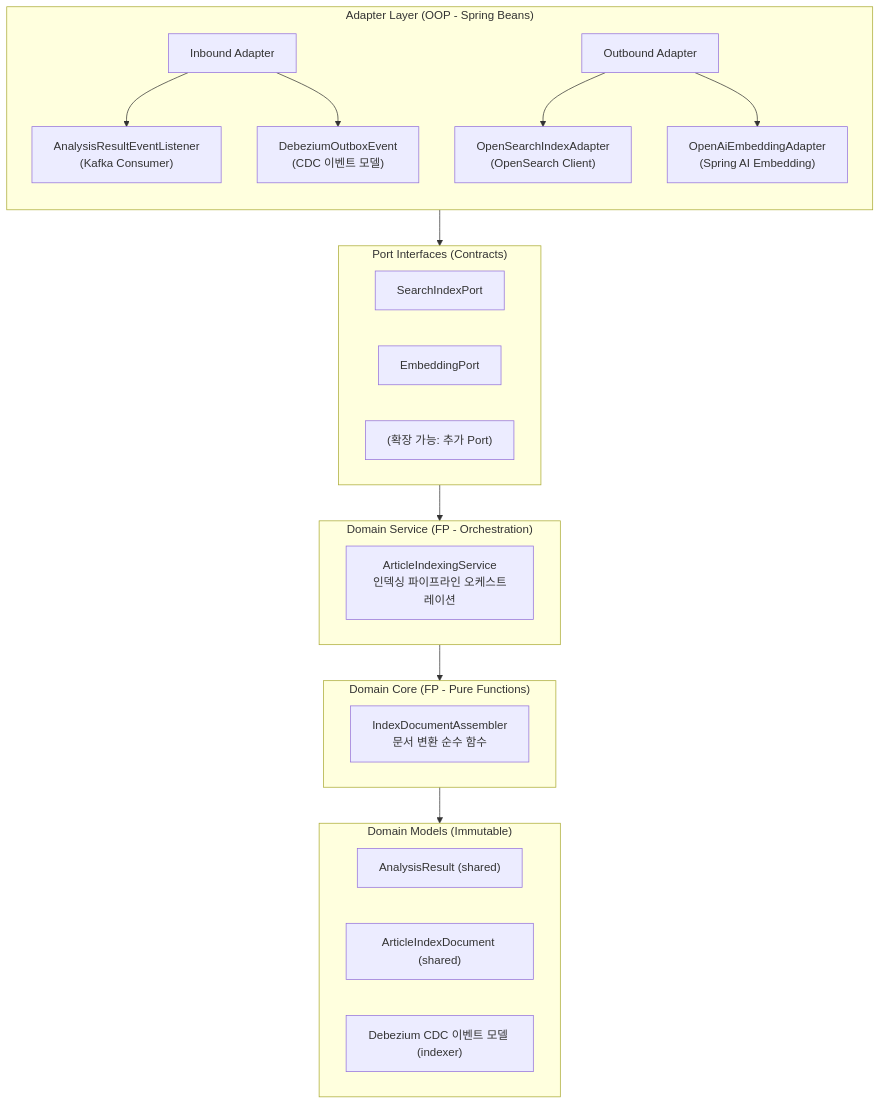
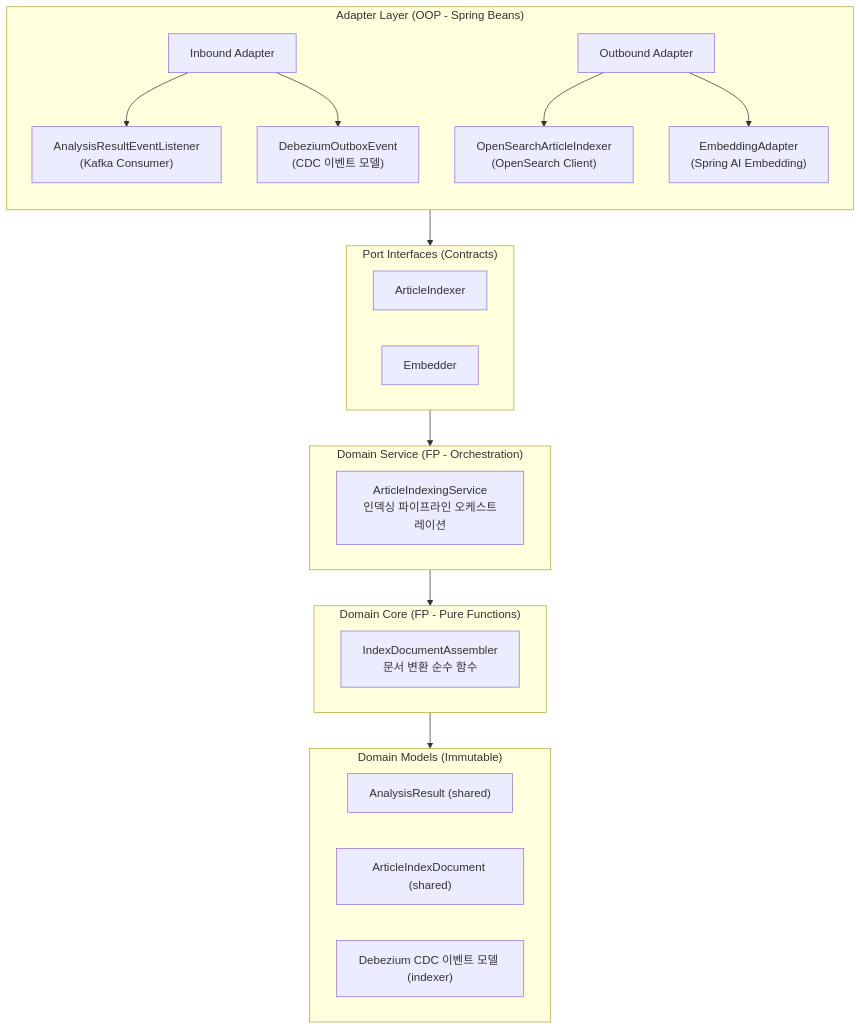
Before and after one commit to vonkernel/local-incident-tracker: the third of 3 diagrams in indexer/ARCHITECTURE.md, drawn with Mermaid. The commit also changed other lines of this file and 29 other files, not shown here.

First line of the commit message:
Add indexer module with batch processing and OpenSearch integration (#14)

````diff
--- a/indexer/ARCHITECTURE.md
+++ b/indexer/ARCHITECTURE.md
@@ -102,37 +102,36 @@
 ```mermaid
 graph TB
     subgraph Adapter_Layer ["Adapter Layer (OOP - Spring Beans)"]
         direction TB
         IN["Inbound Adapter"]
         OUT["Outbound Adapter"]
         IN --> IN1["AnalysisResultEventListener<br/>(Kafka Consumer)"]
         IN --> IN2["DebeziumOutboxEvent<br/>(CDC 이벤트 모델)"]
-        OUT --> OUT1["OpenSearchIndexAdapter<br/>(OpenSearch Client)"]
-        OUT --> OUT2["OpenAiEmbeddingAdapter<br/>(Spring AI Embedding)"]
+        OUT --> OUT1["OpenSearchArticleIndexer<br/>(OpenSearch Client)"]
+        OUT --> OUT2["EmbeddingAdapter<br/>(Spring AI Embedding)"]
     end
 
     subgraph Port ["Port Interfaces (Contracts)"]
-        P1["SearchIndexPort"]
-        P2["EmbeddingPort"]
-        P3["(확장 가능: 추가 Port)"]
+        P1["ArticleIndexer"]
+        P2["Embedder"]
     end
 
     subgraph Service ["Domain Service (FP - Orchestration)"]
         S1["ArticleIndexingService<br/>인덱싱 파이프라인 오케스트레이션"]
     end
 
     subgraph Core ["Domain Core (FP - Pure Functions)"]
         C1["IndexDocumentAssembler<br/>문서 변환 순수 함수"]
     end
 
     subgraph Models ["Domain Models (Immutable)"]
         M1["AnalysisResult (shared)"]
         M2["ArticleIndexDocument (shared)"]
         M3["Debezium CDC 이벤트 모델 (indexer)"]
     end
 
     Adapter_Layer --> Port
     Port --> Service
     Service --> Core
     Core --> Models
 ```
````
